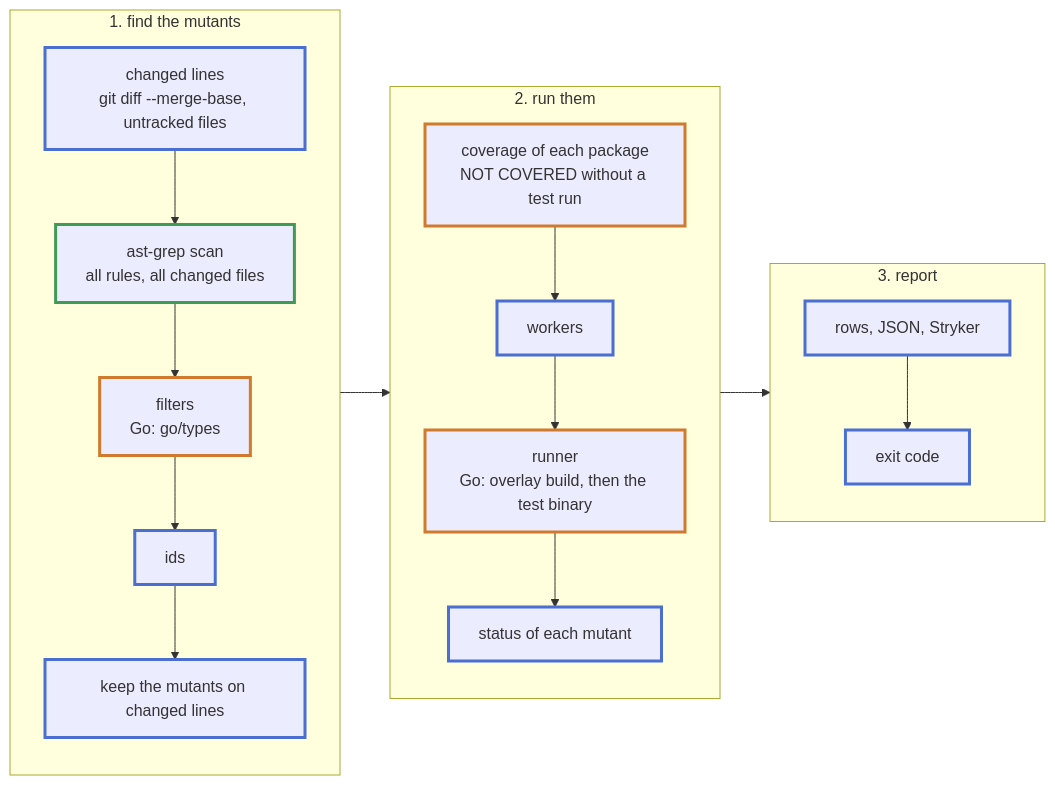
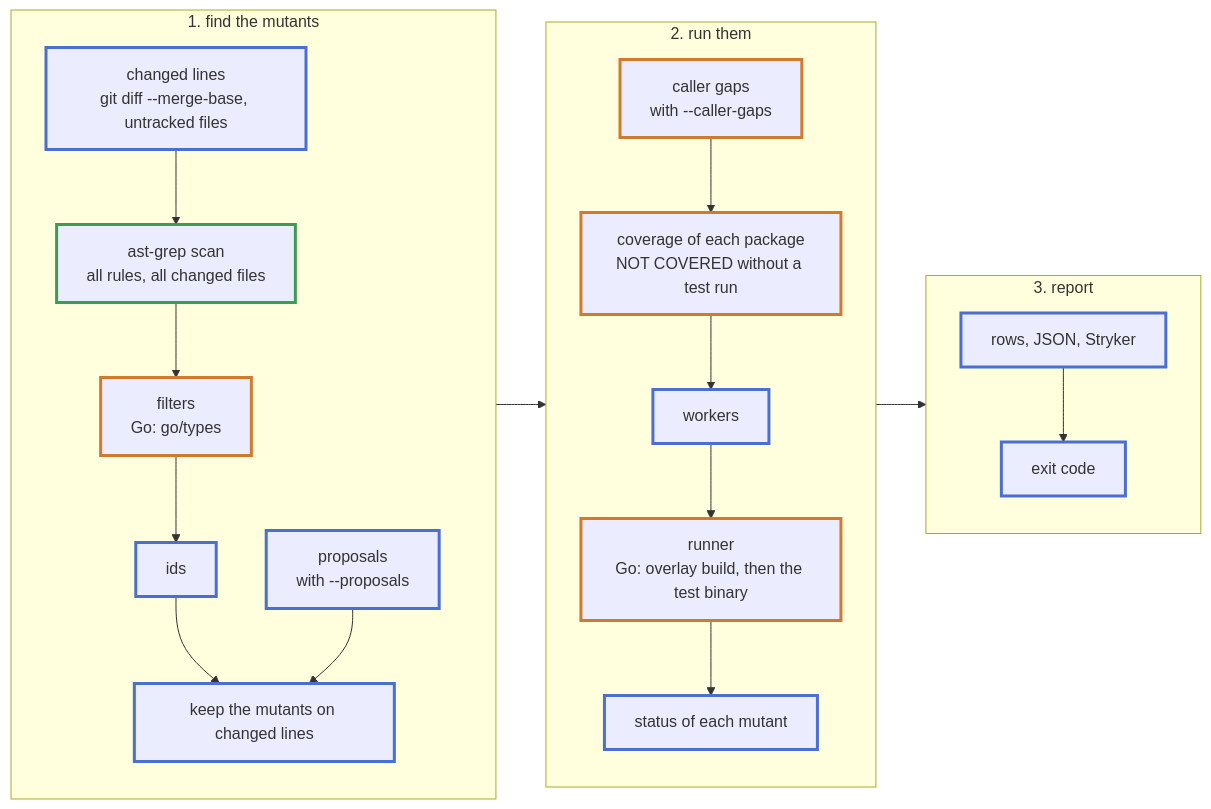
Before and after one commit to hpcsc/mutants: the second of 5 diagrams in docs/design.md, drawn with Mermaid. The commit also changed 1 other file, not shown here.

Commit message:
Draw the changed lines of a run and the example of a caller gap
A git graph in the usage page shows which commits and changes a run tests, and which later commits on
the base it leaves out. A second diagram shows the example of a caller gap, so that a reader sees why no
test of the caller runs the new code. The diagram of a run in the design also shows the step of the
proposals and the step of the caller gaps.

````diff
--- a/docs/design.md
+++ b/docs/design.md
@@ -61,28 +61,30 @@
 ```mermaid
 flowchart LR
     subgraph FIND["1. find the mutants"]
         direction TB
         A["changed lines<br/>git diff --merge-base, untracked files"] --> C["ast-grep scan<br/>all rules, all changed files"]
         C --> F["filters<br/>Go: go/types"]
         F --> G["ids"]
         G --> E["keep the mutants on changed lines"]
+        P["proposals<br/>with --proposals"] --> E
     end
     subgraph RUN["2. run them"]
         direction TB
-        H["coverage of each package<br/>NOT COVERED without a test run"] --> I["workers"]
+        CG["caller gaps<br/>with --caller-gaps"] --> H["coverage of each package<br/>NOT COVERED without a test run"]
+        H --> I["workers"]
         I --> J["runner<br/>Go: overlay build, then the test binary"]
         J --> K["status of each mutant"]
     end
     subgraph OUT["3. report"]
         direction TB
         L["rows, JSON, Stryker"] --> X["exit code"]
     end
-    E --> H
+    E --> CG
     K --> L
-    class A,E,G,I,K,L,X core
+    class A,E,G,I,K,L,X,P core
     class C astg
-    class F,H,J lang
+    class F,H,J,CG lang
     classDef core stroke:#4a6fd1,stroke-width:3px
     classDef astg stroke:#3f9a55,stroke-width:3px
     classDef lang stroke:#d07a2d,stroke-width:3px
 ```
````
